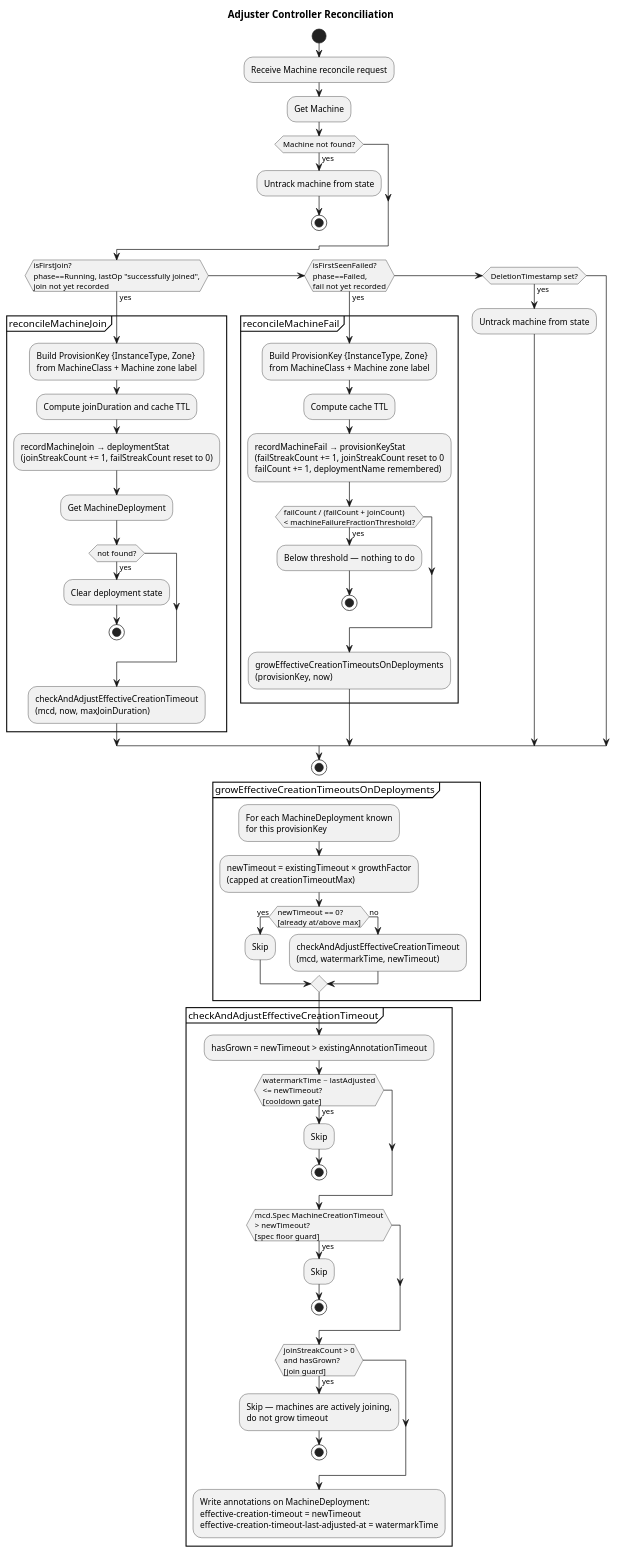
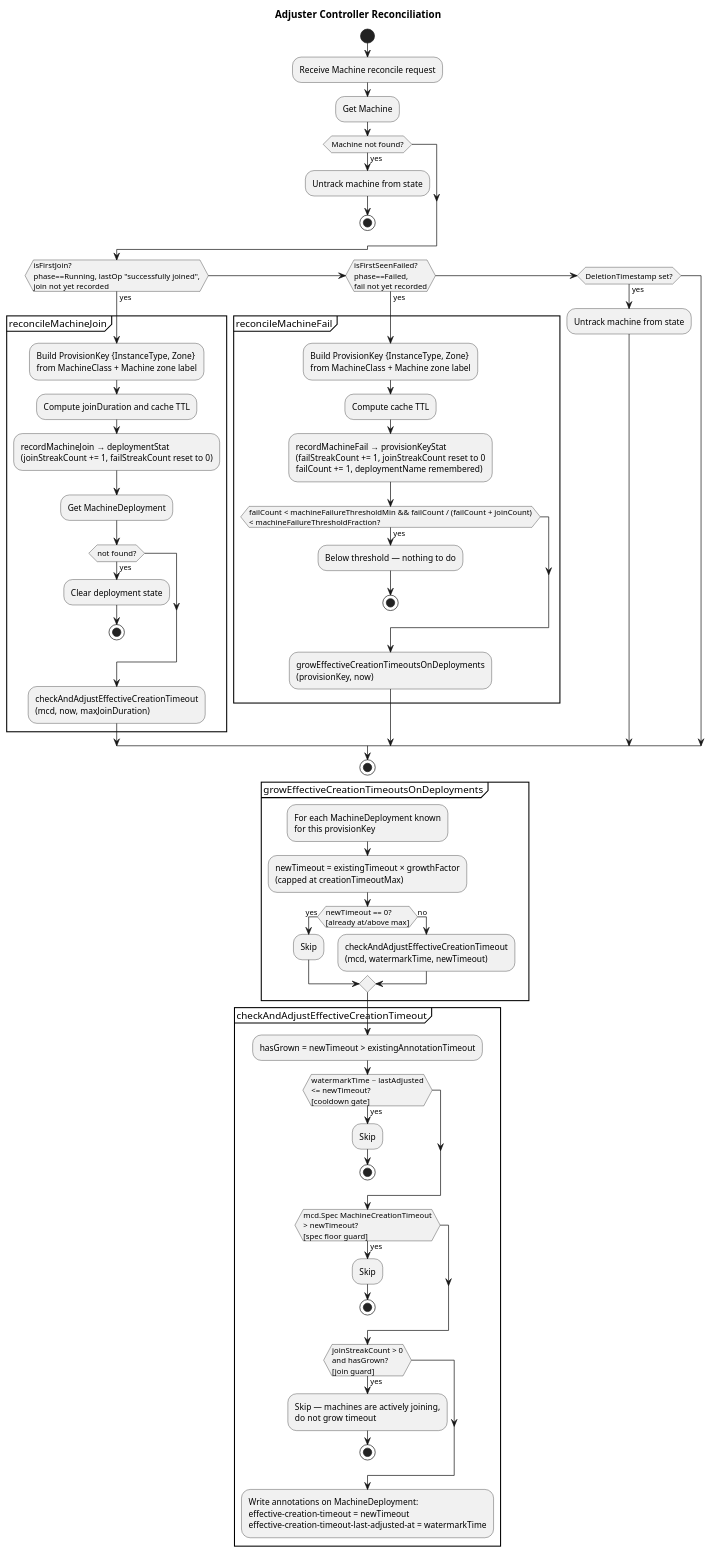
Before and after one commit to gardener/dependency-watchdog: the diagram in docs/concepts/content/adjuster-controller-reconcile.puml, drawn with PlantUML. The commit also changed 6 other files, not shown here.

Commit message:
added logs, rename to DefaultMachineFailureThresholdFraction for consistency

```diff
--- a/docs/concepts/content/adjuster-controller-reconcile.puml
+++ b/docs/concepts/content/adjuster-controller-reconcile.puml
@@ -1,78 +1,78 @@
 @startuml
 title Adjuster Controller Reconciliation
 
 start
 
 :Receive Machine reconcile request;
 :Get Machine;
 
 if (Machine not found?) then (yes)
   :Untrack machine from state;
   stop
 endif
 
 if (isFirstJoin?\nphase==Running, lastOp "successfully joined",\njoin not yet recorded) then (yes)
 
   partition "reconcileMachineJoin" {
     :Build ProvisionKey {InstanceType, Zone}\nfrom MachineClass + Machine zone label;
     :Compute joinDuration and cache TTL;
     :recordMachineJoin → deploymentStat\n(joinStreakCount += 1, failStreakCount reset to 0);
     :Get MachineDeployment;
     if (not found?) then (yes)
       :Clear deployment state;
       stop
     endif
     :checkAndAdjustEffectiveCreationTimeout\n(mcd, now, maxJoinDuration);
   }
 
 elseif (isFirstSeenFailed?\nphase==Failed,\nfail not yet recorded) then (yes)
 
   partition "reconcileMachineFail" {
     :Build ProvisionKey {InstanceType, Zone}\nfrom MachineClass + Machine zone label;
     :Compute cache TTL;
     :recordMachineFail → provisionKeyStat\n(failStreakCount += 1, joinStreakCount reset to 0\nfailCount += 1, deploymentName remembered);
-    if (failCount / (failCount + joinCount)\n< machineFailureFractionThreshold?) then (yes)
+    if (failCount < machineFailureThresholdMin && failCount / (failCount + joinCount)\n< machineFailureThresholdFraction?) then (yes)
       :Below threshold — nothing to do;
       stop
     endif
     :growEffectiveCreationTimeoutsOnDeployments\n(provisionKey, now);
   }
 
 elseif (DeletionTimestamp set?) then (yes)
   :Untrack machine from state;
 endif
 
 stop
 
 partition "growEffectiveCreationTimeoutsOnDeployments" {
   :For each MachineDeployment known\nfor this provisionKey;
   :newTimeout = existingTimeout × growthFactor\n(capped at creationTimeoutMax);
   if (newTimeout == 0?\n[already at/above max]) then (yes)
     :Skip;
   else (no)
     :checkAndAdjustEffectiveCreationTimeout\n(mcd, watermarkTime, newTimeout);
   endif
 }
 
 partition "checkAndAdjustEffectiveCreationTimeout" {
   :hasGrown = newTimeout > existingAnnotationTimeout;
 
   if (watermarkTime − lastAdjusted\n<= newTimeout?\n[cooldown gate]) then (yes)
     :Skip;
     stop
   endif
 
   if (mcd.Spec MachineCreationTimeout\n> newTimeout?\n[spec floor guard]) then (yes)
     :Skip;
     stop
   endif
 
   if (joinStreakCount > 0\nand hasGrown?\n[join guard]) then (yes)
     :Skip — machines are actively joining,\ndo not grow timeout;
     stop
   endif
 
   :Write annotations on MachineDeployment:\neffective-creation-timeout = newTimeout\neffective-creation-timeout-last-adjusted-at = watermarkTime;
 }
 
 @enduml
```
